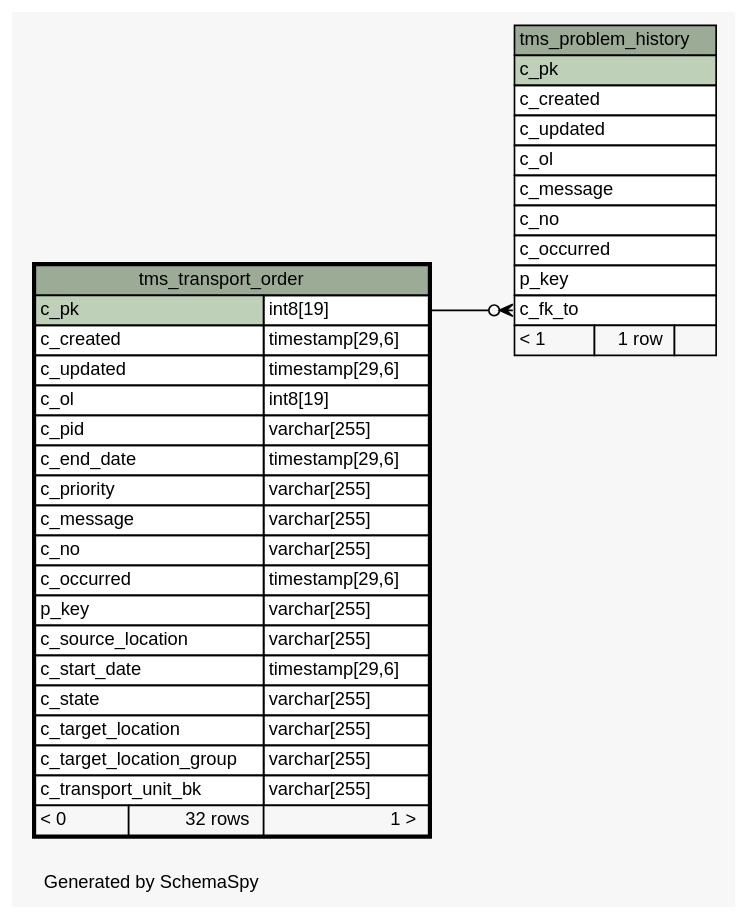
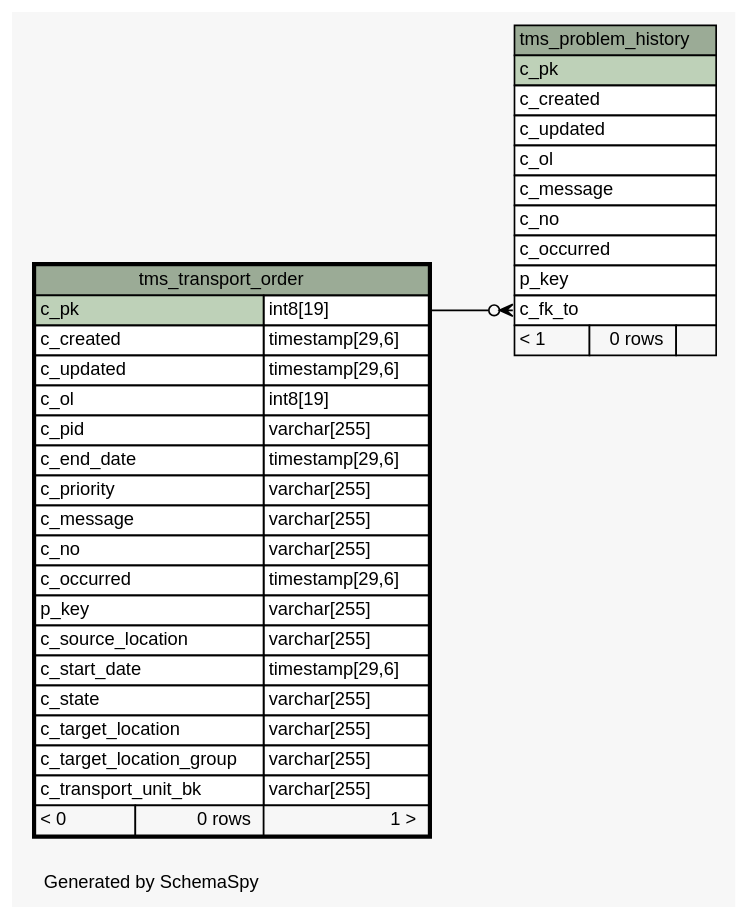
The diagram in 1.4.0-SNAPSHOT/schemaspy/diagrams/tms_transport_order.1degree.dot (openwms/org.openwms.tms.transportation), drawn with Graphviz before and after one commit. The commit also changed 461 other files, not shown here.

```diff
--- a/1.4.0-SNAPSHOT/schemaspy/diagrams/tms_transport_order.1degree.dot
+++ b/1.4.0-SNAPSHOT/schemaspy/diagrams/tms_transport_order.1degree.dot
@@ -1,67 +1,67 @@
 // dot 2.36.0 on Linux 4.4.0-101-generic
 // SchemaSpy rev Unknown
 digraph "oneDegreeRelationshipsDiagram" {
   graph [
     rankdir="RL"
     bgcolor="#f7f7f7"
     label="\nGenerated by SchemaSpy"
     labeljust="l"
     nodesep="0.18"
     ranksep="0.46"
     fontname="Helvetica"
     fontsize="11"
   ];
   node [
     fontname="Helvetica"
     fontsize="11"
     shape="plaintext"
   ];
   edge [
     arrowsize="0.8"
   ];
   "tms_problem_history":"c_fk_to":w -> "tms_transport_order":"c_pk.type":e [arrowhead=none dir=back arrowtail=crowodot];
   "tms_problem_history" [
     label=<
     <TABLE BORDER="0" CELLBORDER="1" CELLSPACING="0" BGCOLOR="#ffffff">
       <TR><TD COLSPAN="3" BGCOLOR="#9bab96" ALIGN="CENTER">tms_problem_history</TD></TR>
       <TR><TD PORT="c_pk" COLSPAN="3" BGCOLOR="#bed1b8" ALIGN="LEFT">c_pk</TD></TR>
       <TR><TD PORT="c_created" COLSPAN="3" ALIGN="LEFT">c_created</TD></TR>
       <TR><TD PORT="c_updated" COLSPAN="3" ALIGN="LEFT">c_updated</TD></TR>
       <TR><TD PORT="c_ol" COLSPAN="3" ALIGN="LEFT">c_ol</TD></TR>
       <TR><TD PORT="c_message" COLSPAN="3" ALIGN="LEFT">c_message</TD></TR>
       <TR><TD PORT="c_no" COLSPAN="3" ALIGN="LEFT">c_no</TD></TR>
       <TR><TD PORT="c_occurred" COLSPAN="3" ALIGN="LEFT">c_occurred</TD></TR>
       <TR><TD PORT="p_key" COLSPAN="3" ALIGN="LEFT">p_key</TD></TR>
       <TR><TD PORT="c_fk_to" COLSPAN="3" ALIGN="LEFT">c_fk_to</TD></TR>
-      <TR><TD ALIGN="LEFT" BGCOLOR="#f7f7f7">&lt; 1</TD><TD ALIGN="RIGHT" BGCOLOR="#f7f7f7">1 row</TD><TD ALIGN="RIGHT" BGCOLOR="#f7f7f7">  </TD></TR>
+      <TR><TD ALIGN="LEFT" BGCOLOR="#f7f7f7">&lt; 1</TD><TD ALIGN="RIGHT" BGCOLOR="#f7f7f7">0 rows</TD><TD ALIGN="RIGHT" BGCOLOR="#f7f7f7">  </TD></TR>
     </TABLE>>
     URL="tms_problem_history.html"
     tooltip="tms_problem_history"
   ];
   "tms_transport_order" [
     label=<
     <TABLE BORDER="2" CELLBORDER="1" CELLSPACING="0" BGCOLOR="#ffffff">
       <TR><TD COLSPAN="3" BGCOLOR="#9bab96" ALIGN="CENTER">tms_transport_order</TD></TR>
       <TR><TD PORT="c_pk" COLSPAN="2" BGCOLOR="#bed1b8" ALIGN="LEFT">c_pk</TD><TD PORT="c_pk.type" ALIGN="LEFT">int8[19]</TD></TR>
       <TR><TD PORT="c_created" COLSPAN="2" ALIGN="LEFT">c_created</TD><TD PORT="c_created.type" ALIGN="LEFT">timestamp[29,6]</TD></TR>
       <TR><TD PORT="c_updated" COLSPAN="2" ALIGN="LEFT">c_updated</TD><TD PORT="c_updated.type" ALIGN="LEFT">timestamp[29,6]</TD></TR>
       <TR><TD PORT="c_ol" COLSPAN="2" ALIGN="LEFT">c_ol</TD><TD PORT="c_ol.type" ALIGN="LEFT">int8[19]</TD></TR>
       <TR><TD PORT="c_pid" COLSPAN="2" ALIGN="LEFT">c_pid</TD><TD PORT="c_pid.type" ALIGN="LEFT">varchar[255]</TD></TR>
       <TR><TD PORT="c_end_date" COLSPAN="2" ALIGN="LEFT">c_end_date</TD><TD PORT="c_end_date.type" ALIGN="LEFT">timestamp[29,6]</TD></TR>
       <TR><TD PORT="c_priority" COLSPAN="2" ALIGN="LEFT">c_priority</TD><TD PORT="c_priority.type" ALIGN="LEFT">varchar[255]</TD></TR>
       <TR><TD PORT="c_message" COLSPAN="2" ALIGN="LEFT">c_message</TD><TD PORT="c_message.type" ALIGN="LEFT">varchar[255]</TD></TR>
       <TR><TD PORT="c_no" COLSPAN="2" ALIGN="LEFT">c_no</TD><TD PORT="c_no.type" ALIGN="LEFT">varchar[255]</TD></TR>
       <TR><TD PORT="c_occurred" COLSPAN="2" ALIGN="LEFT">c_occurred</TD><TD PORT="c_occurred.type" ALIGN="LEFT">timestamp[29,6]</TD></TR>
       <TR><TD PORT="p_key" COLSPAN="2" ALIGN="LEFT">p_key</TD><TD PORT="p_key.type" ALIGN="LEFT">varchar[255]</TD></TR>
       <TR><TD PORT="c_source_location" COLSPAN="2" ALIGN="LEFT">c_source_location</TD><TD PORT="c_source_location.type" ALIGN="LEFT">varchar[255]</TD></TR>
       <TR><TD PORT="c_start_date" COLSPAN="2" ALIGN="LEFT">c_start_date</TD><TD PORT="c_start_date.type" ALIGN="LEFT">timestamp[29,6]</TD></TR>
       <TR><TD PORT="c_state" COLSPAN="2" ALIGN="LEFT">c_state</TD><TD PORT="c_state.type" ALIGN="LEFT">varchar[255]</TD></TR>
       <TR><TD PORT="c_target_location" COLSPAN="2" ALIGN="LEFT">c_target_location</TD><TD PORT="c_target_location.type" ALIGN="LEFT">varchar[255]</TD></TR>
       <TR><TD PORT="c_target_location_group" COLSPAN="2" ALIGN="LEFT">c_target_location_group</TD><TD PORT="c_target_location_group.type" ALIGN="LEFT">varchar[255]</TD></TR>
       <TR><TD PORT="c_transport_unit_bk" COLSPAN="2" ALIGN="LEFT">c_transport_unit_bk</TD><TD PORT="c_transport_unit_bk.type" ALIGN="LEFT">varchar[255]</TD></TR>
-      <TR><TD ALIGN="LEFT" BGCOLOR="#f7f7f7">&lt; 0</TD><TD ALIGN="RIGHT" BGCOLOR="#f7f7f7">32 rows</TD><TD ALIGN="RIGHT" BGCOLOR="#f7f7f7">1 &gt;</TD></TR>
+      <TR><TD ALIGN="LEFT" BGCOLOR="#f7f7f7">&lt; 0</TD><TD ALIGN="RIGHT" BGCOLOR="#f7f7f7">0 rows</TD><TD ALIGN="RIGHT" BGCOLOR="#f7f7f7">1 &gt;</TD></TR>
     </TABLE>>
     URL="tms_transport_order.html"
     tooltip="tms_transport_order"
   ];
 }
```
